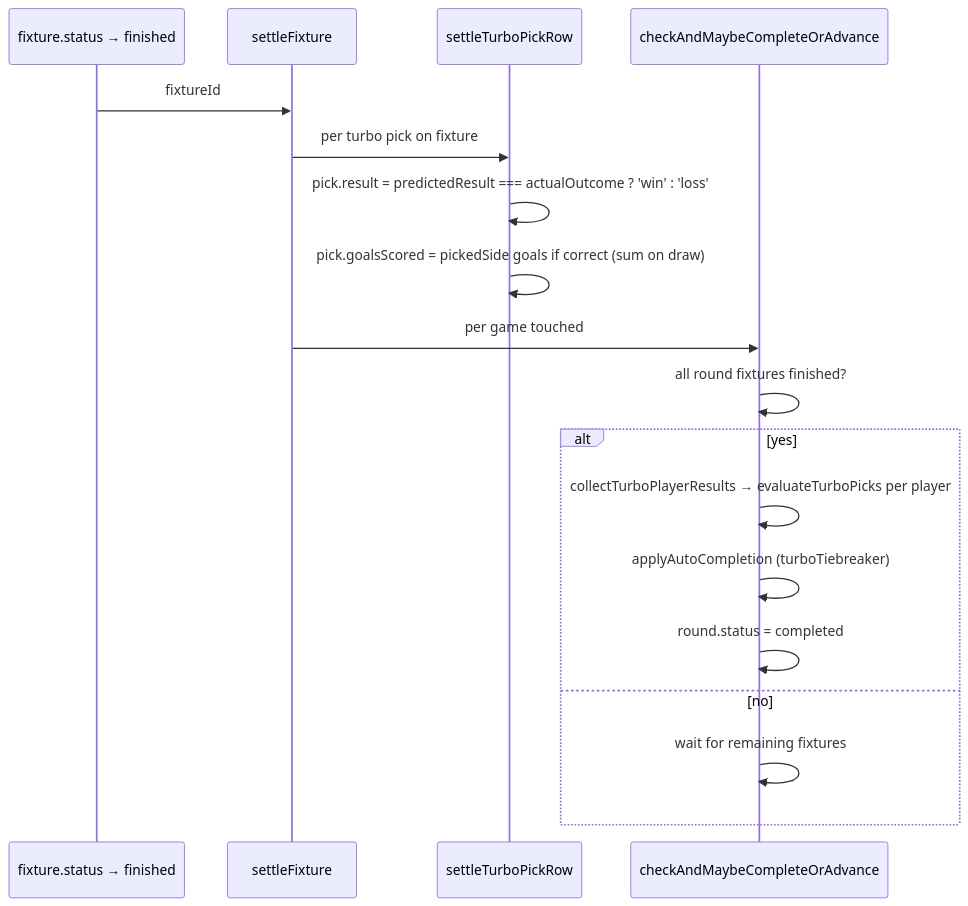
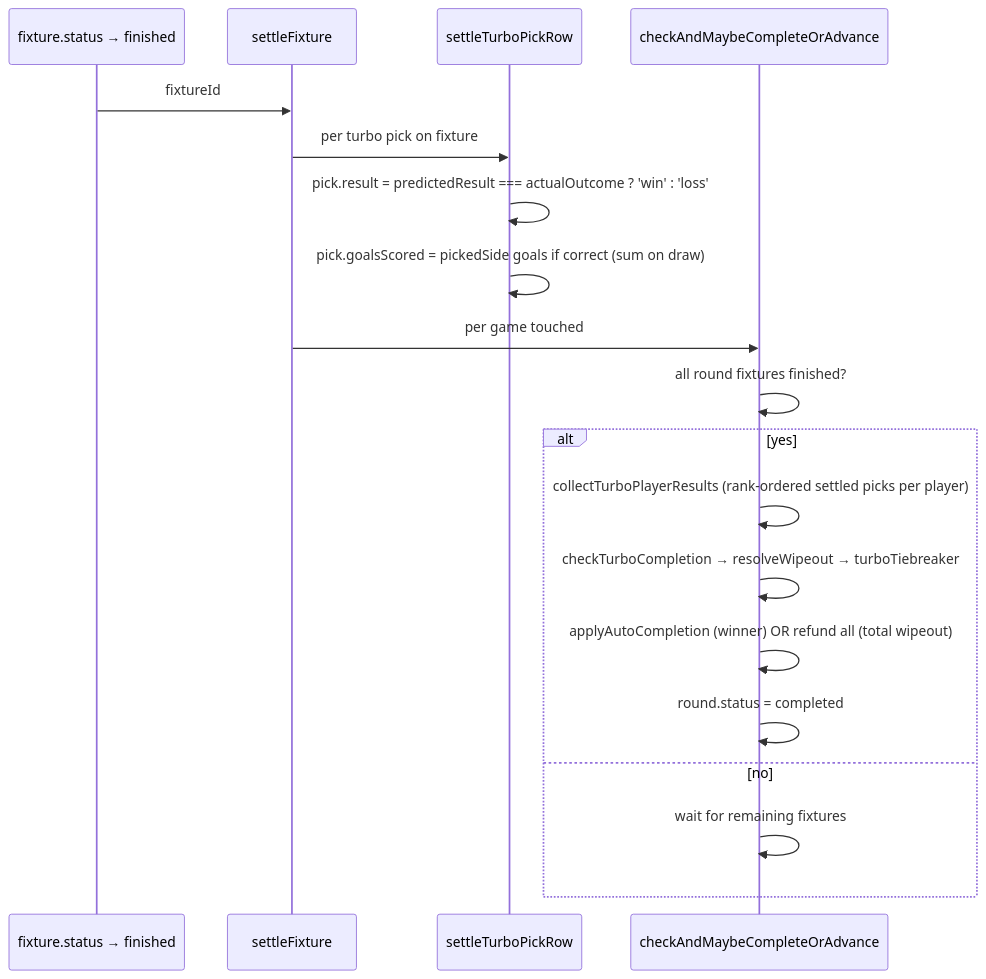
Before and after one commit to lennons301/last-person-standing: the first of 2 diagrams in docs/game-modes/turbo.md, drawn with Mermaid. The commit also changed other lines of this file and 9 other files, not shown here.

First line of the commit message:
fix(cup,turbo): wipeout rule — skip universal-loss ranks, refund total wipeout

````diff
--- a/docs/game-modes/turbo.md
+++ b/docs/game-modes/turbo.md
@@ -19,21 +19,22 @@
 ```mermaid
 sequenceDiagram
     participant Trigger as fixture.status → finished
     participant Settle as settleFixture
     participant Settle1 as settleTurboPickRow
     participant Complete as checkAndMaybeCompleteOrAdvance
 
     Trigger->>Settle: fixtureId
     Settle->>Settle1: per turbo pick on fixture
     Settle1->>Settle1: pick.result = predictedResult === actualOutcome ? 'win' : 'loss'
     Settle1->>Settle1: pick.goalsScored = pickedSide goals if correct (sum on draw)
     Settle->>Complete: per game touched
     Complete->>Complete: all round fixtures finished?
     alt yes
-        Complete->>Complete: collectTurboPlayerResults → evaluateTurboPicks per player
-        Complete->>Complete: applyAutoCompletion (turboTiebreaker)
+        Complete->>Complete: collectTurboPlayerResults (rank-ordered settled picks per player)
+        Complete->>Complete: checkTurboCompletion → resolveWipeout → turboTiebreaker
+        Complete->>Complete: applyAutoCompletion (winner) OR refund all (total wipeout)
         Complete->>Complete: round.status = completed
     else no
         Complete->>Complete: wait for remaining fixtures
     end
 ```
````
